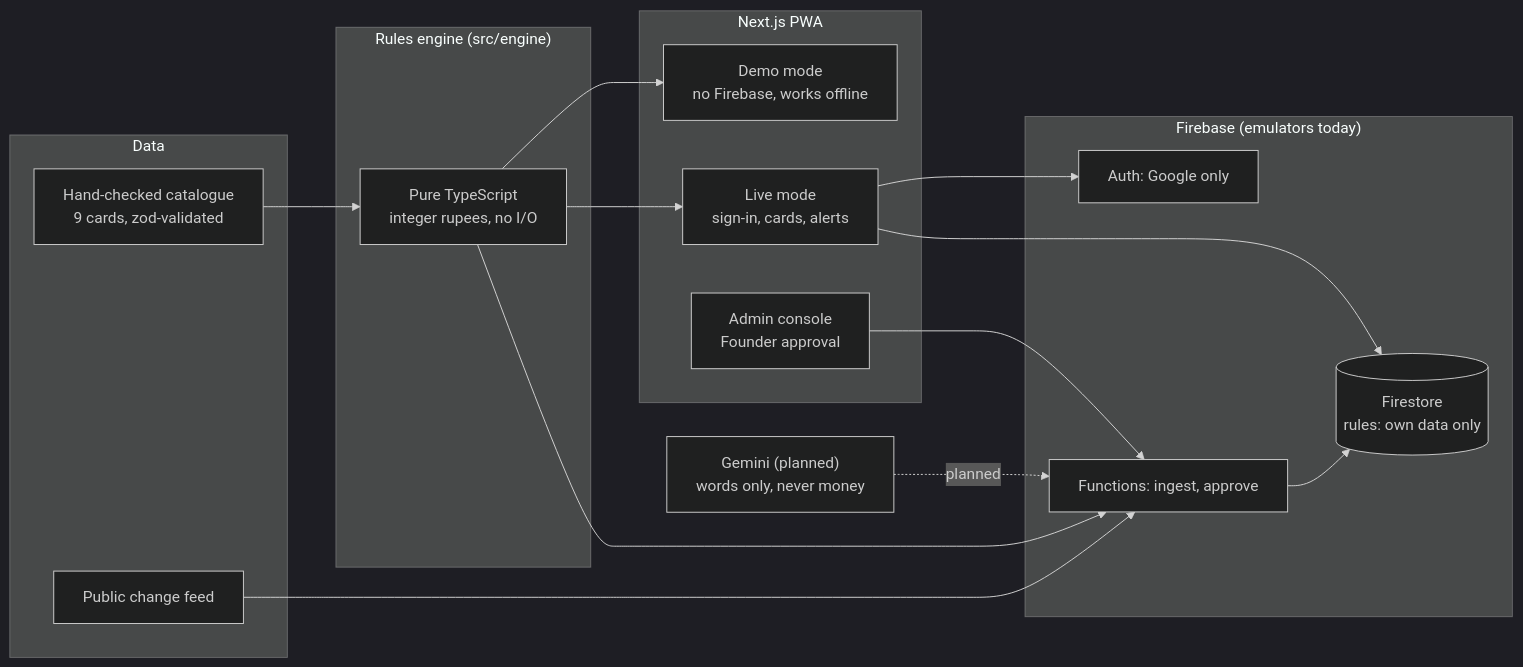
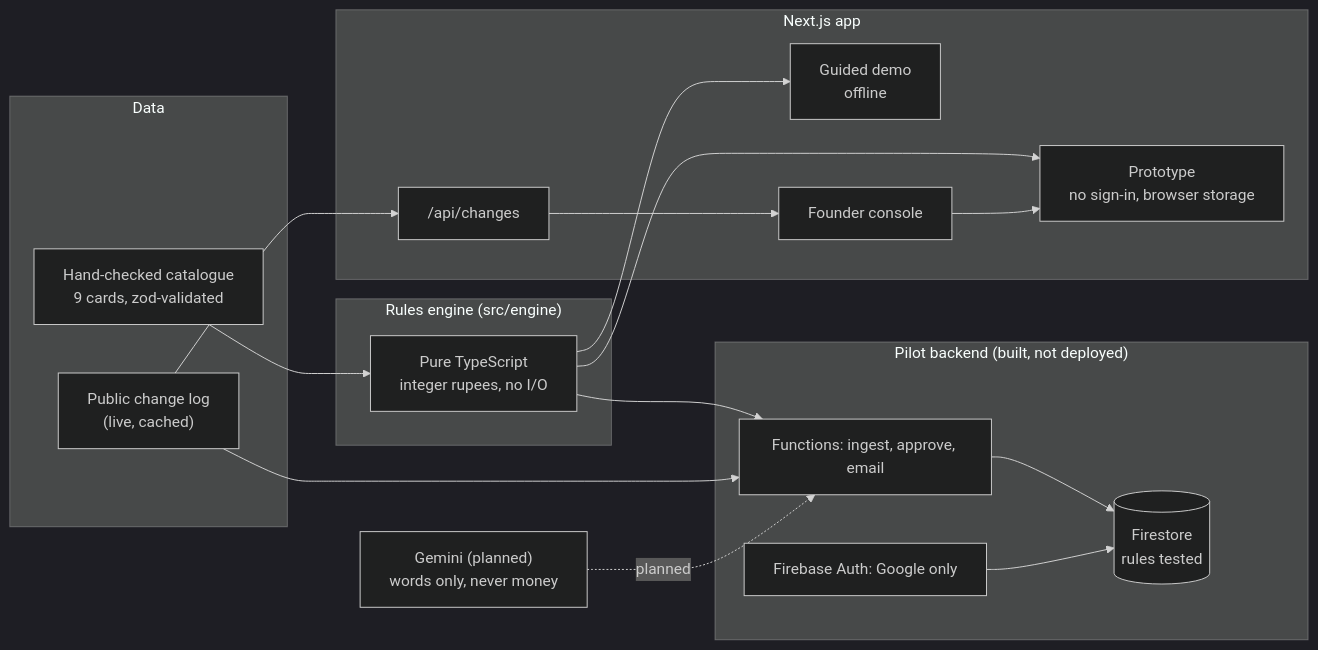
Before and after one commit to Asha0509/Clutch_MVP: the fourth of 5 diagrams in README.md, drawn with Mermaid (dark theme). The commit also changed other lines of this file and 5 other files, not shown here.

First line of the commit message:
Update the README, demo script and video recording for the working prototype

````diff
--- a/README.md
+++ b/README.md
@@ -278,30 +293,30 @@
 ```mermaid
 flowchart LR
     subgraph Data
         CAT["Hand-checked catalogue<br/>9 cards, zod-validated"]
-        FEED["Public change feed"]
+        FEED["Public change log<br/>(live, cached)"]
     end
     subgraph Engine["Rules engine (src/engine)"]
         ENG["Pure TypeScript<br/>integer rupees, no I/O"]
     end
-    subgraph App["Next.js PWA"]
-        DEMO["Demo mode<br/>no Firebase, works offline"]
-        LIVE["Live mode<br/>sign-in, cards, alerts"]
-        ADMIN["Admin console<br/>Founder approval"]
+    subgraph App["Next.js app"]
+        PROTO["Prototype<br/>no sign-in, browser storage"]
+        DEMO["Guided demo<br/>offline"]
+        CONSOLE["Founder console"]
+        API["/api/changes"]
     end
-    subgraph Firebase["Firebase (emulators today)"]
-        AUTH["Auth: Google only"]
-        FS[("Firestore<br/>rules: own data only")]
-        FN["Functions: ingest, approve"]
+    subgraph Pilot["Pilot backend (built, not deployed)"]
+        AUTH["Firebase Auth: Google only"]
+        FS[("Firestore<br/>rules tested")]
+        FN["Functions: ingest, approve, email"]
     end
     LLM["Gemini (planned)<br/>words only, never money"]
     CAT --> ENG
+    ENG --> PROTO
     ENG --> DEMO
-    ENG --> LIVE
     ENG --> FN
+    FEED --> API --> CONSOLE --> PROTO
     FEED --> FN --> FS
-    LIVE --> AUTH
-    LIVE --> FS
-    ADMIN --> FN
+    AUTH --> FS
     LLM -. planned .-> FN
 ```
````
